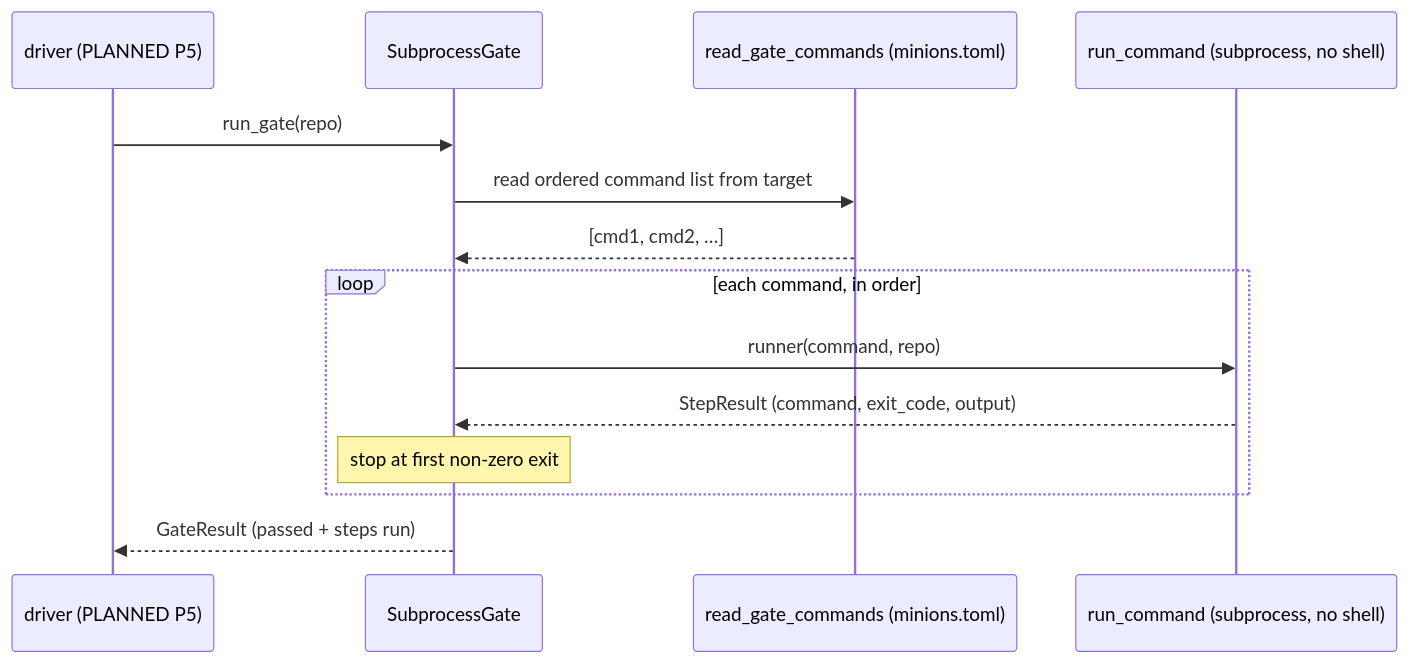
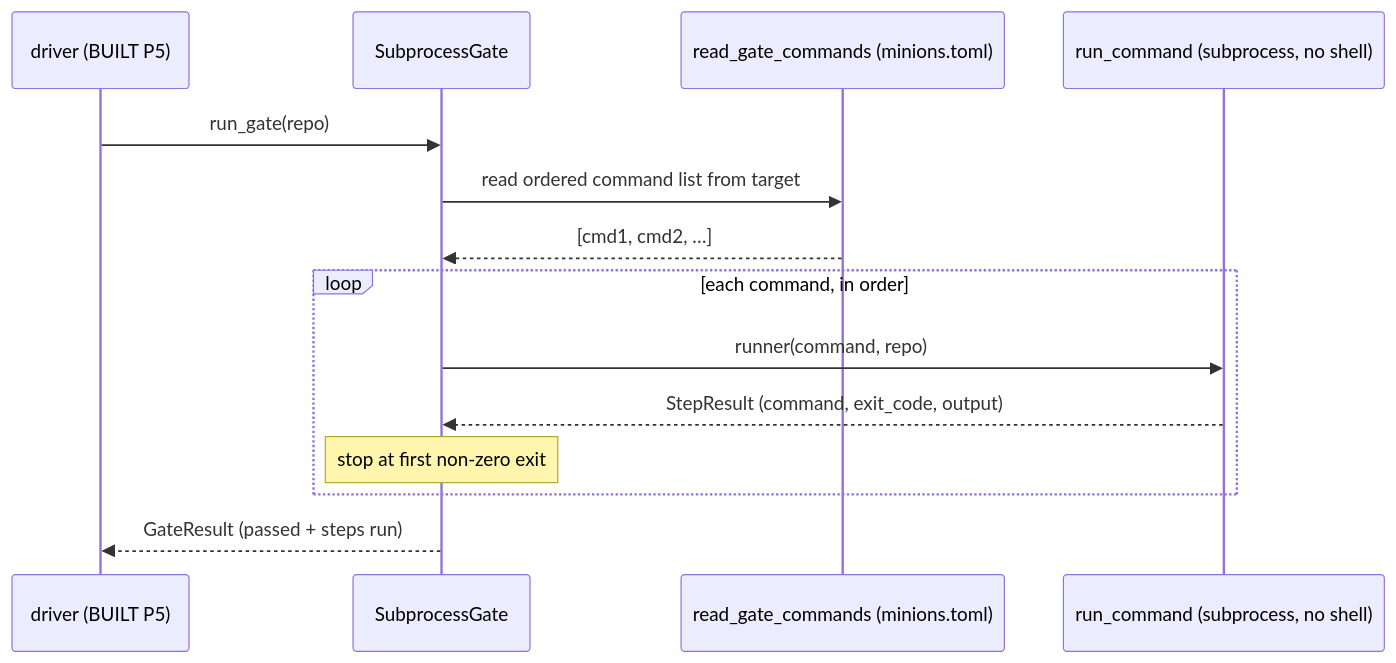
One commit to alxb1t/minionsfactory changed the third of 3 diagrams in docs/data-flow.md. Above: the diagram before and after it, drawn with Mermaid. The commit also changed other lines of this file and 4 other files, not shown here.

First line of the commit message:
docs: promote driver + entry to built (P5)

````diff
--- a/docs/data-flow.md
+++ b/docs/data-flow.md
@@ -73,17 +76,17 @@
 ```mermaid
 sequenceDiagram
-    participant Dr as driver (PLANNED P5)
+    participant Dr as driver (BUILT P5)
     participant G as SubprocessGate
     participant Cfg as read_gate_commands (minions.toml)
     participant Run as run_command (subprocess, no shell)
 
     Dr->>G: run_gate(repo)
     G->>Cfg: read ordered command list from target
     Cfg-->>G: [cmd1, cmd2, …]
     loop each command, in order
         G->>Run: runner(command, repo)
         Run-->>G: StepResult (command, exit_code, output)
         Note over G: stop at first non-zero exit
     end
     G-->>Dr: GateResult (passed + steps run)
 ```
````
